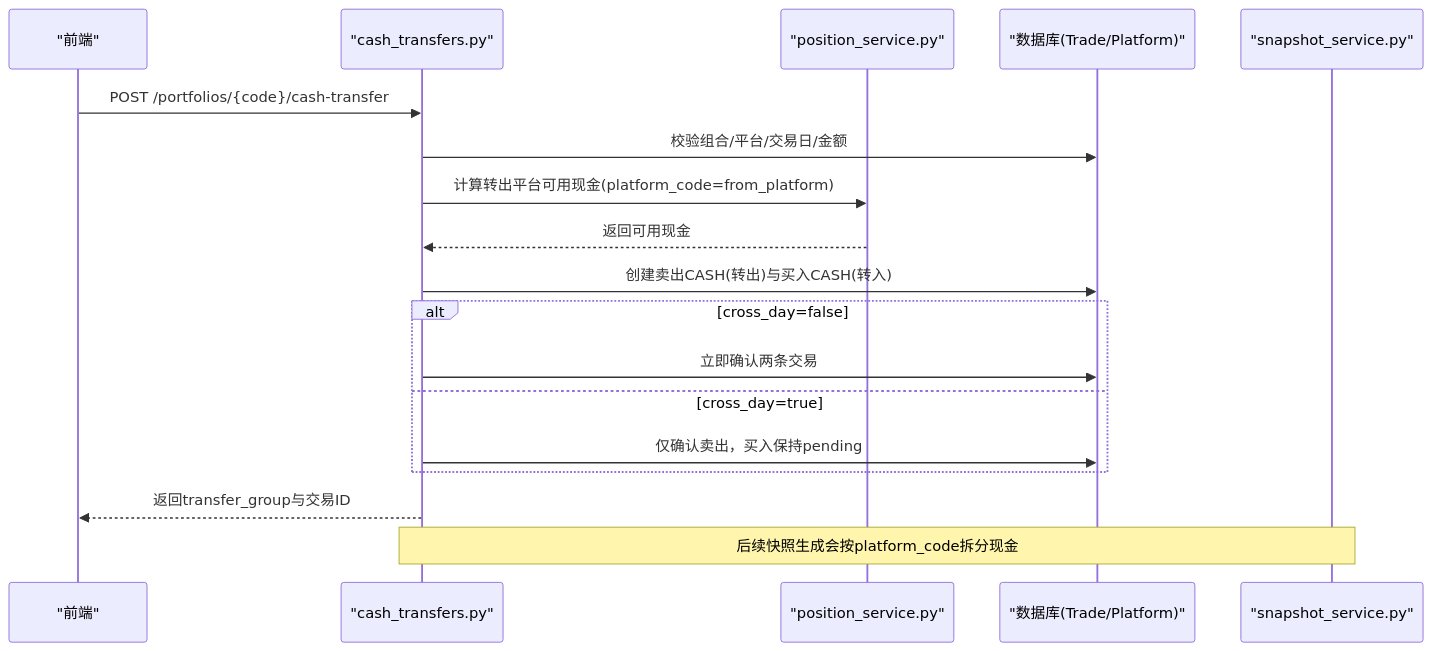
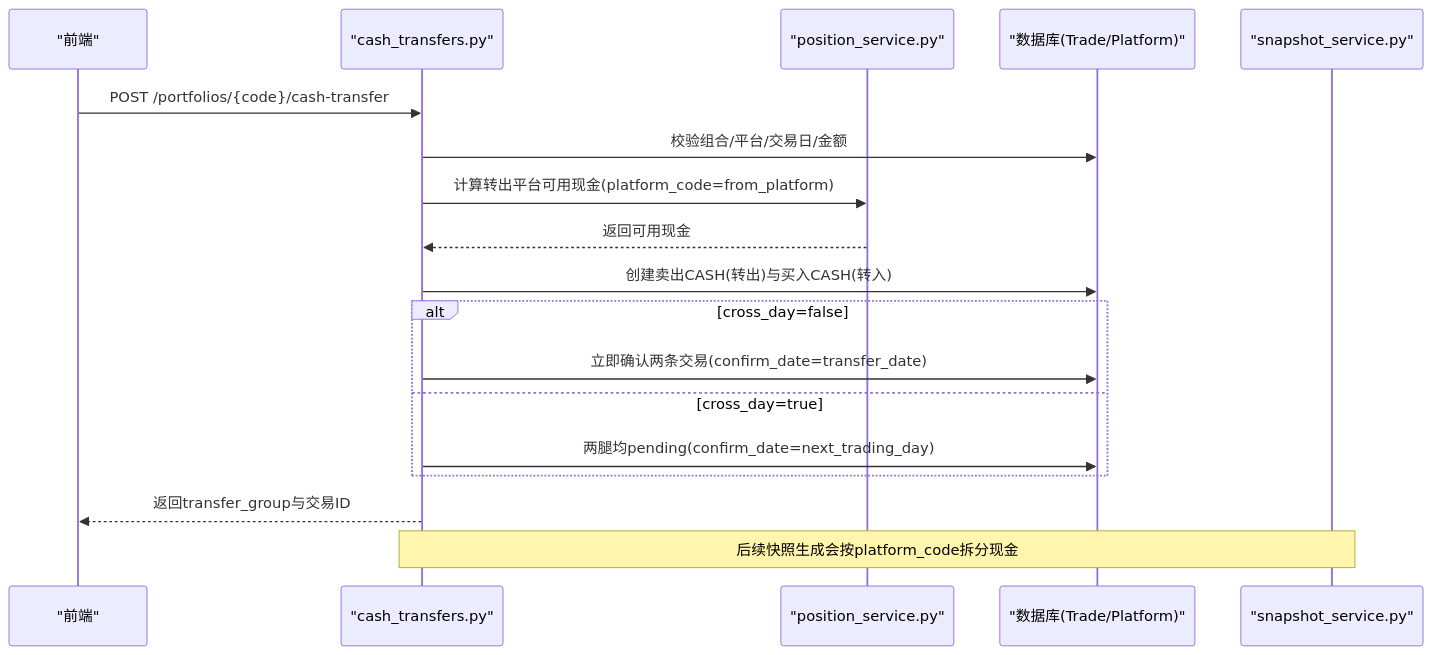
One commit to gujialind/InvestRing changed the second of 7 diagrams in .qoder/repowiki/zh/content/核心业务功能/平台间现金转移系统.md. Above: the diagram before and after it, drawn with Mermaid. The commit also changed other lines of this file and 8 other files, not shown here.

````diff
--- a/.qoder/repowiki/zh/content/核心业务功能/平台间现金转移系统.md
+++ b/.qoder/repowiki/zh/content/核心业务功能/平台间现金转移系统.md
@@ -130,20 +132,20 @@
 ```mermaid
 sequenceDiagram
 participant FE as "前端"
 participant RT as "cash_transfers.py"
 participant PS as "position_service.py"
 participant DB as "数据库(Trade/Platform)"
 participant SS as "snapshot_service.py"
 FE->>RT : POST /portfolios/{code}/cash-transfer
 RT->>DB : 校验组合/平台/交易日/金额
 RT->>PS : 计算转出平台可用现金(platform_code=from_platform)
 PS-->>RT : 返回可用现金
 RT->>DB : 创建卖出CASH(转出)与买入CASH(转入)
 alt cross_day=false
-RT->>DB : 立即确认两条交易
+RT->>DB : 立即确认两条交易(confirm_date=transfer_date)
 else cross_day=true
-RT->>DB : 仅确认卖出，买入保持pending
+RT->>DB : 两腿均pending(confirm_date=next_trading_day)
 end
 RT-->>FE : 返回transfer_group与交易ID
 Note over SS,RT : 后续快照生成会按platform_code拆分现金
 ```
````
